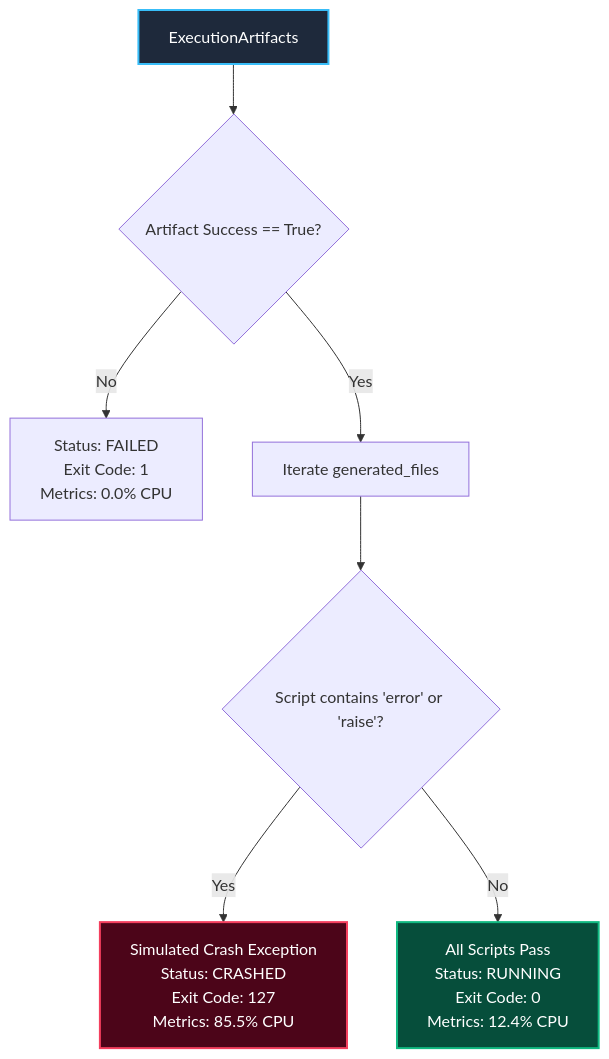
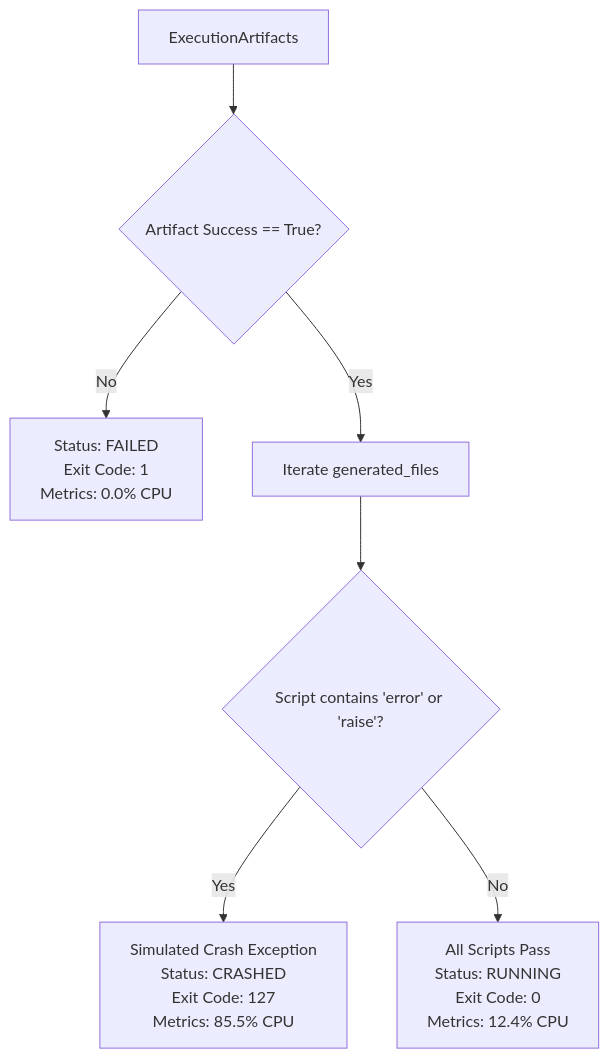
Before and after one commit to jacobjerryarackal/harness-engineering: the seventh of 16 diagrams in README.md, drawn with Mermaid. The commit also changed other lines of this file, not shown here.

Commit message:
docs: clean up Mermaid diagrams by removing styling and replace HLD diagram with static image link

````diff
--- a/README.md
+++ b/README.md
@@ -613,14 +437,10 @@
 ```mermaid
 flowchart TD
     Artifacts["ExecutionArtifacts"] --> CheckStatus{"Artifact Success == True?"}
     CheckStatus -- No --> Abort["Status: FAILED<br/>Exit Code: 1<br/>Metrics: 0.0% CPU"]
     CheckStatus -- Yes --> ScanScripts["Iterate generated_files"]
     
     ScanScripts --> EvalScript{"Script contains 'error' or 'raise'?"}
     EvalScript -- Yes --> Crash["Simulated Crash Exception<br/>Status: CRASHED<br/>Exit Code: 127<br/>Metrics: 85.5% CPU"]
     EvalScript -- No --> Stable["All Scripts Pass<br/>Status: RUNNING<br/>Exit Code: 0<br/>Metrics: 12.4% CPU"]
-
-    style Artifacts fill:#1e293b,stroke:#38bdf8,stroke-width:2px,color:#fff
-    style Crash fill:#4c0519,stroke:#f43f5e,stroke-width:2px,color:#fff
-    style Stable fill:#064e3b,stroke:#10b981,stroke-width:2px,color:#fff
 ```
````
